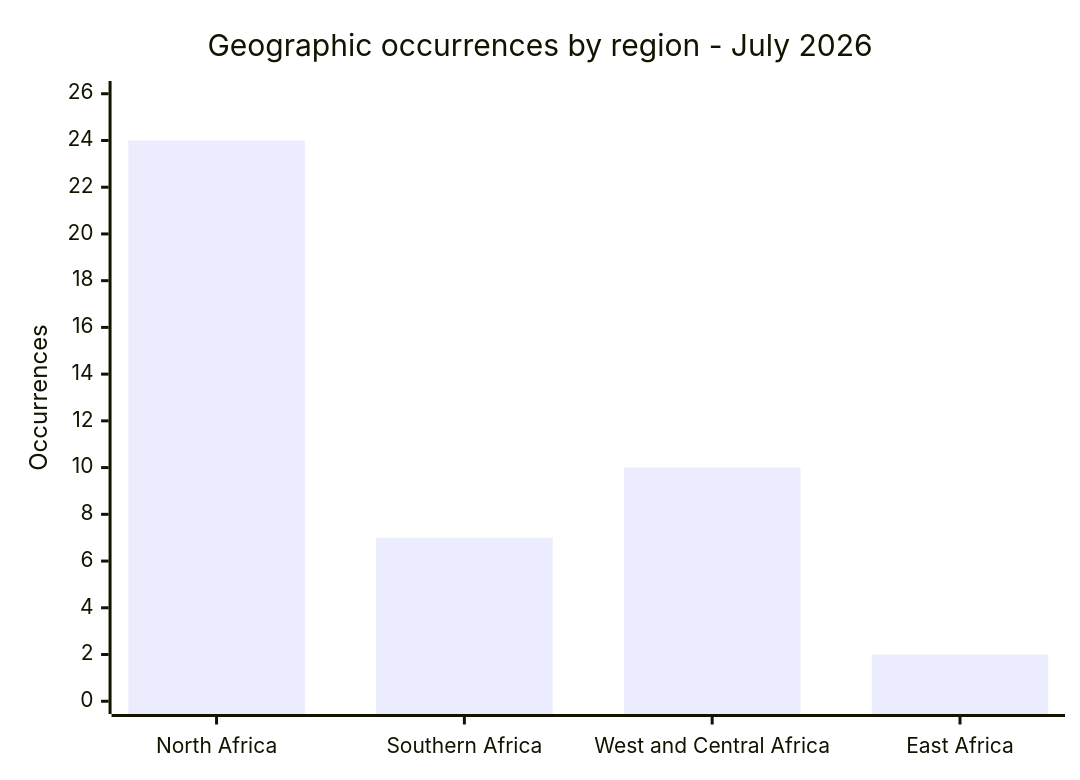
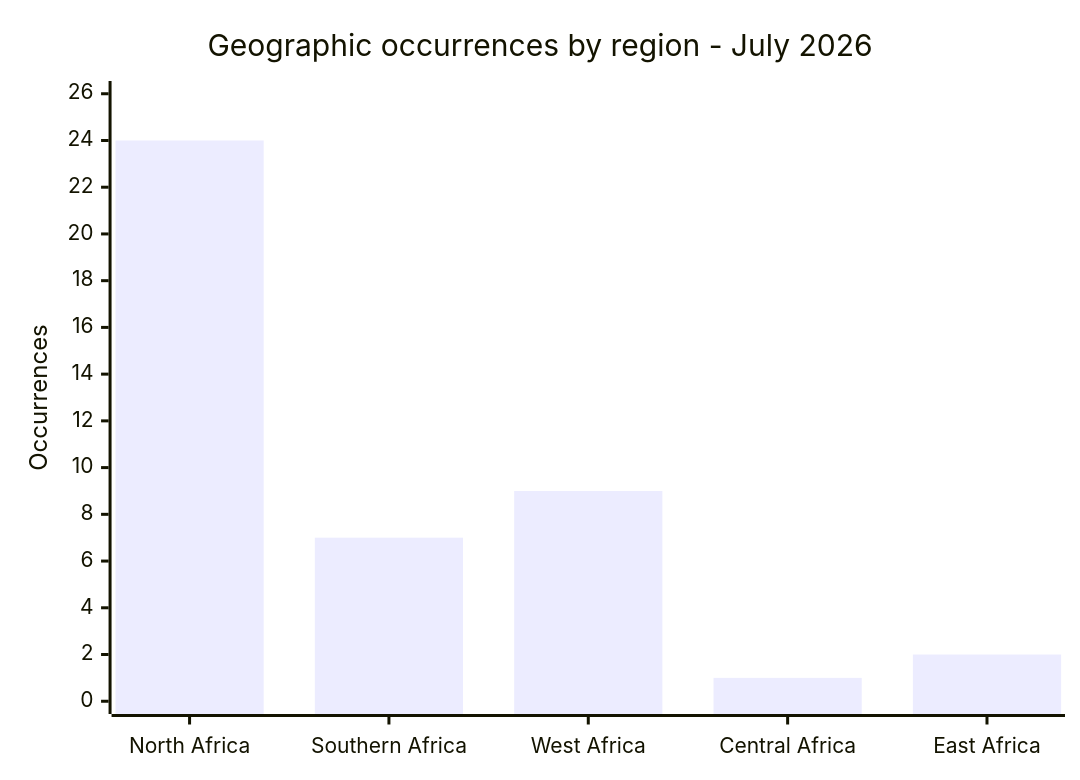
Before and after one commit to Hatchepsoute/AFRINTEL: the fifth of 8 diagrams in CyberAttackAfrica/2026/07-july/README.md, drawn with Mermaid. The commit also changed other lines of this file and 109 other files, not shown here.

````diff
--- a/CyberAttackAfrica/2026/07-july/README.md
+++ b/CyberAttackAfrica/2026/07-july/README.md
@@ -173,7 +174,7 @@
 ```mermaid
 xychart
     title "Geographic occurrences by region - July 2026"
-    x-axis ["North Africa","Southern Africa","West and Central Africa","East Africa"]
+    x-axis ["North Africa","Southern Africa","West Africa","Central Africa","East Africa"]
     y-axis "Occurrences" 0 --> 26
-    bar [24,7,10,2]
+    bar [24,7,9,1,2]
 ```
````
